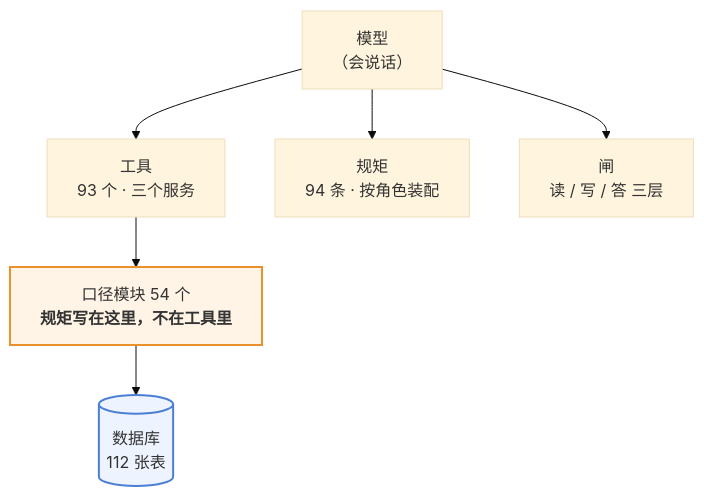
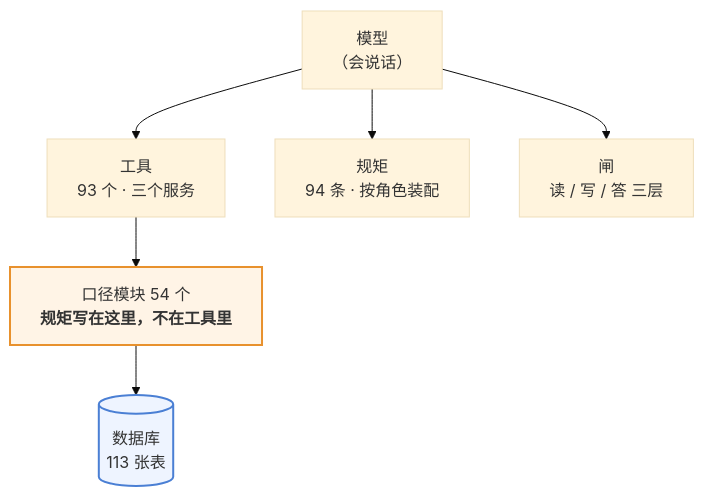
The first of 3 diagrams in 澜绣云裳agent-产品说明.md (843773296-rgb/lanxiu-yunshang-agent), drawn with Mermaid (base theme) before and after one commit. The commit also changed other lines of this file and 4 other files, not shown here.

````diff
--- a/澜绣云裳agent-产品说明.md
+++ b/澜绣云裳agent-产品说明.md
@@ -62,12 +62,12 @@
 ```mermaid
 flowchart TD
     M["模型<br/>（会说话）"]
     M --> T["工具<br/>93 个 · 三个服务"]
     M --> R["规矩<br/>94 条 · 按角色装配"]
     M --> G["闸<br/>读 / 写 / 答 三层"]
     T --> K["口径模块 54 个<br/><b>规矩写在这里，不在工具里</b>"]
-    K --> DB[("数据库<br/>112 张表")]
+    K --> DB[("数据库<br/>113 张表")]
 
     style K fill:#fff4e6,stroke:#e8912d,stroke-width:2px
     style DB fill:#eef4ff,stroke:#4a7fd4,stroke-width:2px
 ```
````
